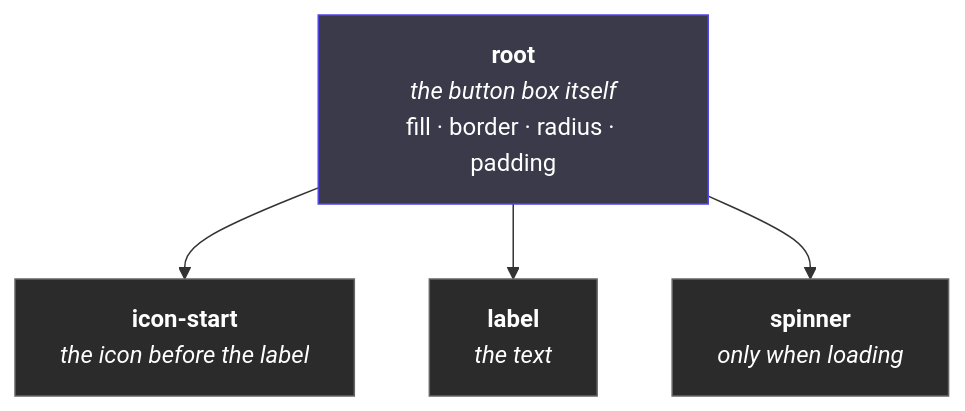
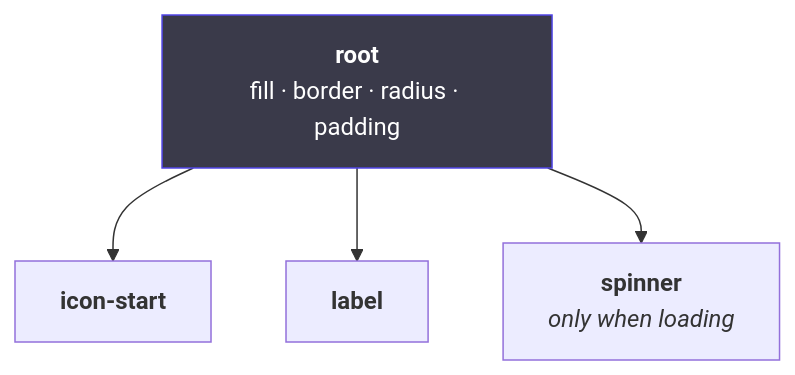
One commit to cris-achiardi/weave-ds-template changed the diagram in docs/documentation/03-anatomy-and-parts.md. Above: the diagram before and after it, drawn with Mermaid. The commit also changed other lines of this file and 6 other files, not shown here.

````diff
--- a/docs/documentation/03-anatomy-and-parts.md
+++ b/docs/documentation/03-anatomy-and-parts.md
@@ -11,11 +11,8 @@
 ```mermaid
 flowchart TD
-  R["<b>root</b><br/><i>the button box itself</i><br/>fill · border · radius · padding"]
-  R --> I["<b>icon-start</b><br/><i>the icon before the label</i>"]
-  R --> L["<b>label</b><br/><i>the text</i>"]
+  R["<b>root</b><br/>fill · border · radius · padding"]
+  R --> I["<b>icon-start</b>"]
+  R --> L["<b>label</b>"]
   R --> S["<b>spinner</b><br/><i>only when loading</i>"]
   style R fill:#3a3a4a,stroke:#5146e6,color:#fff
-  style I fill:#2b2b2b,stroke:#666,color:#fff
-  style L fill:#2b2b2b,stroke:#666,color:#fff
-  style S fill:#2b2b2b,stroke:#666,color:#fff
 ```
````
